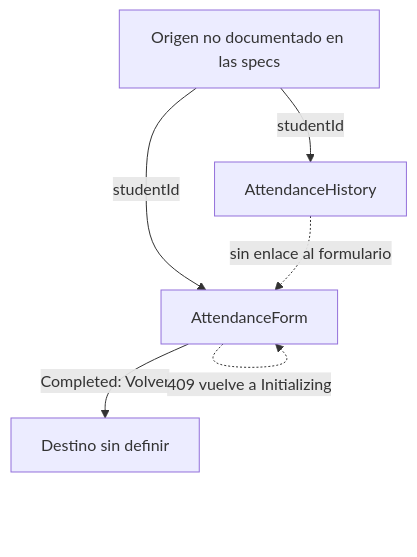
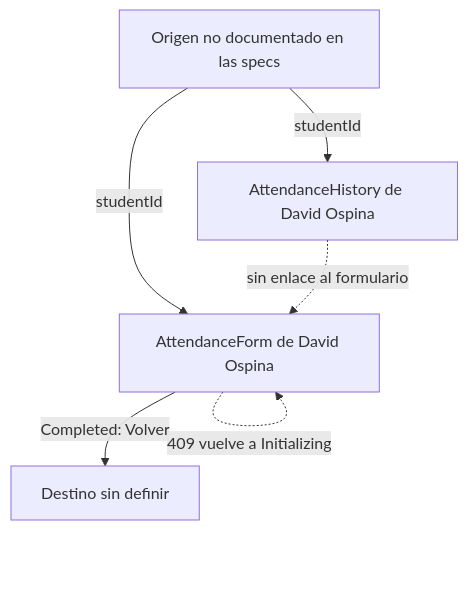
The diagram in 11-week/03-optional-activity/workshop/docs/01-ux-audit.md (laura-marcela05/programacion-movil-2026-b-g1), drawn with Mermaid before and after one commit. The commit also changed other lines of this file and 2 other files, not shown here.

````diff
--- a/11-week/03-optional-activity/workshop/docs/01-ux-audit.md
+++ b/11-week/03-optional-activity/workshop/docs/01-ux-audit.md
@@ -24,8 +25,8 @@
 ```mermaid
 flowchart TD
-    A[Origen no documentado en las specs] -->|studentId| B[AttendanceHistory]
-    A -->|studentId| C[AttendanceForm]
+    A[Origen no documentado en las specs] -->|studentId| B[AttendanceHistory de David Ospina]
+    A -->|studentId| C[AttendanceForm de David Ospina]
     C -->|Completed: Volver| D[Destino sin definir]
     B -.->|sin enlace al formulario| C
     C -.->|409 vuelve a Initializing| C
 ```
````
